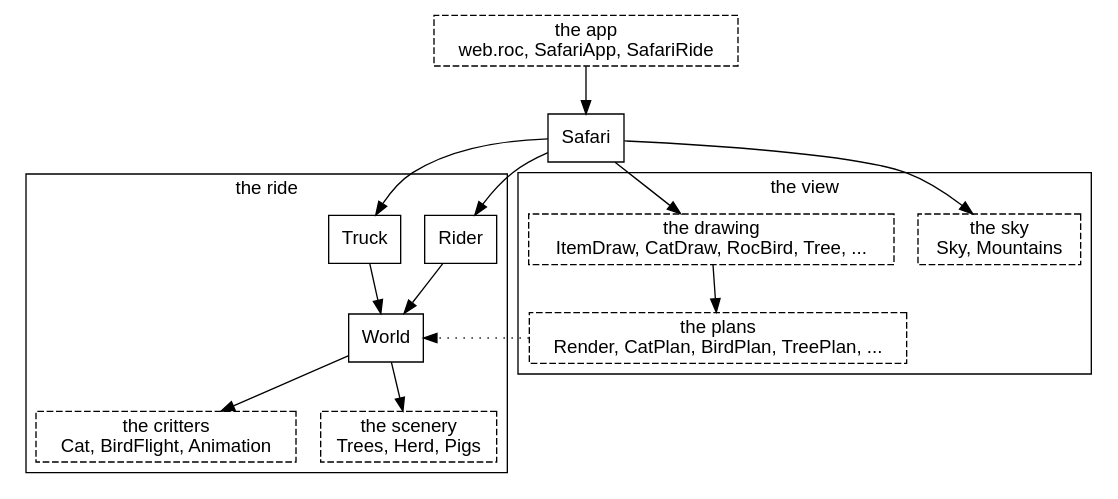
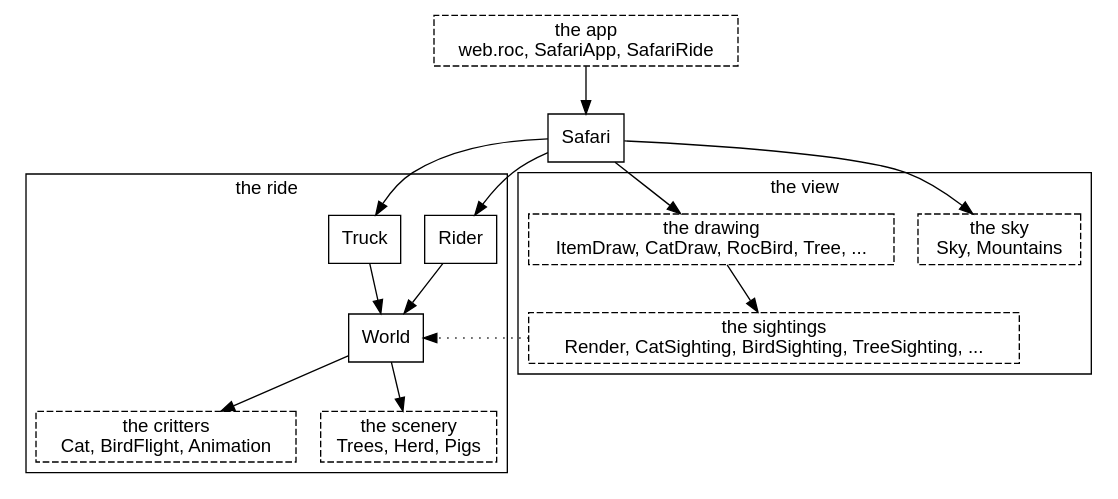
One commit to showell/roc-apps changed the second of 7 diagrams in canvas_apps/safari/tutorial/tutorial.md. Above: the diagram before and after it, drawn with Graphviz. The commit also changed other lines of this file and 31 other files, not shown here.

````diff
--- a/canvas_apps/safari/tutorial/tutorial.md
+++ b/canvas_apps/safari/tutorial/tutorial.md
@@ -39,30 +39,30 @@
 ```dot
 digraph system {
   node [shape=box, fontname="Helvetica"];
   fontname="Helvetica";
   app [label="the app\nweb.roc, SafariApp, SafariRide", style=dashed];
   subgraph cluster_ride {
     label="the ride";
     Rider; Truck; World;
     critters [label="the critters\nCat, BirdFlight, Animation", style=dashed];
     scenery [label="the scenery\nTrees, Herd, Pigs", style=dashed];
   }
   subgraph cluster_view {
     label="the view";
     sky [label="the sky\nSky, Mountains", style=dashed];
     drawing [label="the drawing\nItemDraw, CatDraw, RocBird, Tree, ...", style=dashed];
-    plans [label="the plans\nRender, CatPlan, BirdPlan, TreePlan, ...", style=dashed];
+    sightings [label="the sightings\nRender, CatSighting, BirdSighting, TreeSighting, ...", style=dashed];
   }
   app -> Safari;
   Safari -> Rider;
   Safari -> Truck;
   Rider -> World;
   Truck -> World;
   World -> critters;
   World -> scenery;
   Safari -> sky;
   Safari -> drawing;
-  drawing -> plans;
-  plans -> World [style=dotted, constraint=false];
+  drawing -> sightings;
+  sightings -> World [style=dotted, constraint=false];
 }
 ```
````
